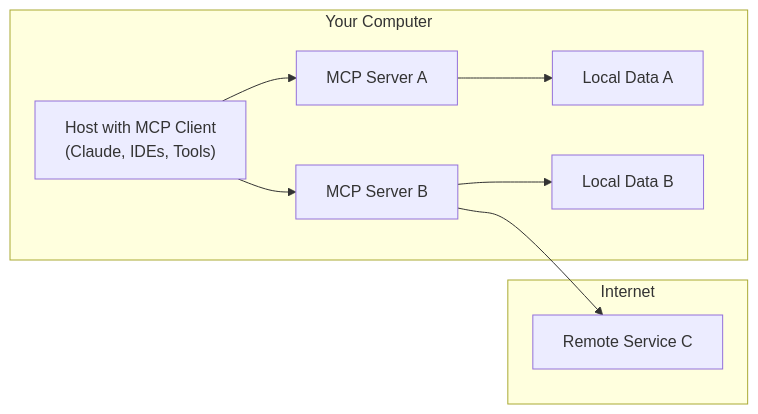
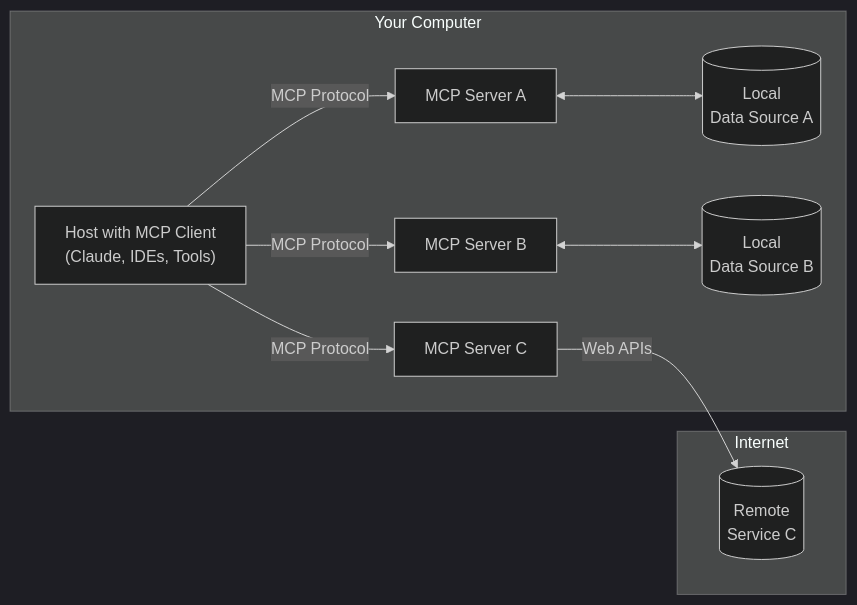
The first of 2 diagrams in MCP-crashcourse/Introduction/README.md (ChrisDobbert/ai-cookbook), drawn with Mermaid before and after one commit. The commit also changed other lines of this file, not shown here.

````diff
--- a/MCP-crashcourse/Introduction/README.md
+++ b/MCP-crashcourse/Introduction/README.md
@@ -17,21 +22,23 @@
 ```mermaid
+---
+config:
+  theme: dark
+  layout: dagre
+---
 flowchart LR
-    subgraph "Your Computer"
-        Host["Host with MCP Client\n(Claude, IDEs, Tools)"]
+ subgraph Computer["Your Computer"]
+        Client["Host with MCP Client<br>(Claude, IDEs, Tools)"]
         ServerA["MCP Server A"]
         ServerB["MCP Server B"]
-        DataA["Local Data A"]
-        DataB["Local Data B"]
-        
-        Host --> ServerA
-        Host --> ServerB
-        ServerA --> DataA
-        ServerB --> DataB
-    end
-    
-    subgraph "Internet"
-        ServiceC["Remote Service C"]
-    end
-    
-    ServerB --> ServiceC
+        ServerC["MCP Server C"]
+        DataA[("Local<br>Data Source A")]
+        DataB[("Local<br>Data Source B")]
+  end
+ subgraph Internet["Internet"]
+        RemoteC[("Remote<br>Service C")]
+  end
+    Client -- MCP Protocol --> ServerA & ServerB & ServerC
+    ServerA <--> DataA
+    ServerB <--> DataB
+    ServerC -- Web APIs --> RemoteC
 ```
````
